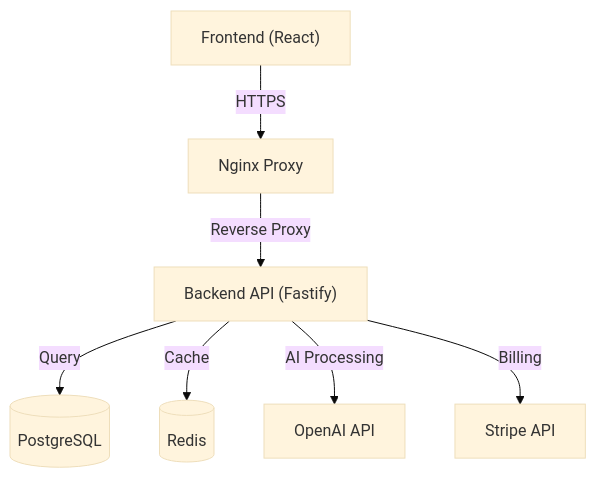
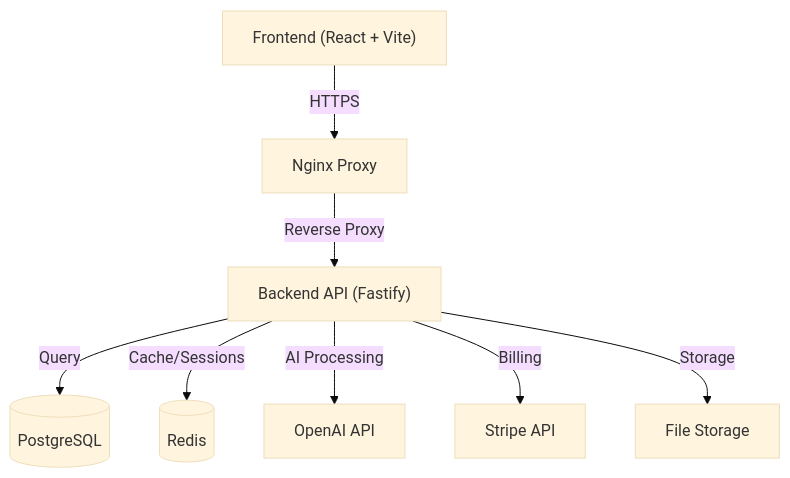
One commit to NukeByLuke/Thynkr changed the diagram in README.md. Above: the diagram before and after it, drawn with Mermaid (base theme). The commit also changed other lines of this file, not shown here.

````diff
--- a/README.md
+++ b/README.md
@@ -90,9 +101,10 @@
 ```mermaid
 graph TD
-    Client["Frontend (React)"] -->|HTTPS| Nginx["Nginx Proxy"]
+    Client["Frontend (React + Vite)"] -->|HTTPS| Nginx["Nginx Proxy"]
     Nginx -->|"Reverse Proxy"| API["Backend API (Fastify)"]
     API -->|Query| DB[("PostgreSQL")]
-    API -->|Cache| Redis[("Redis")]
+    API -->|Cache/Sessions| Redis[("Redis")]
     API -->|"AI Processing"| OpenAI["OpenAI API"]
     API -->|Billing| Stripe["Stripe API"]
+    API -->|Storage| Uploads["File Storage"]
 ```
````
